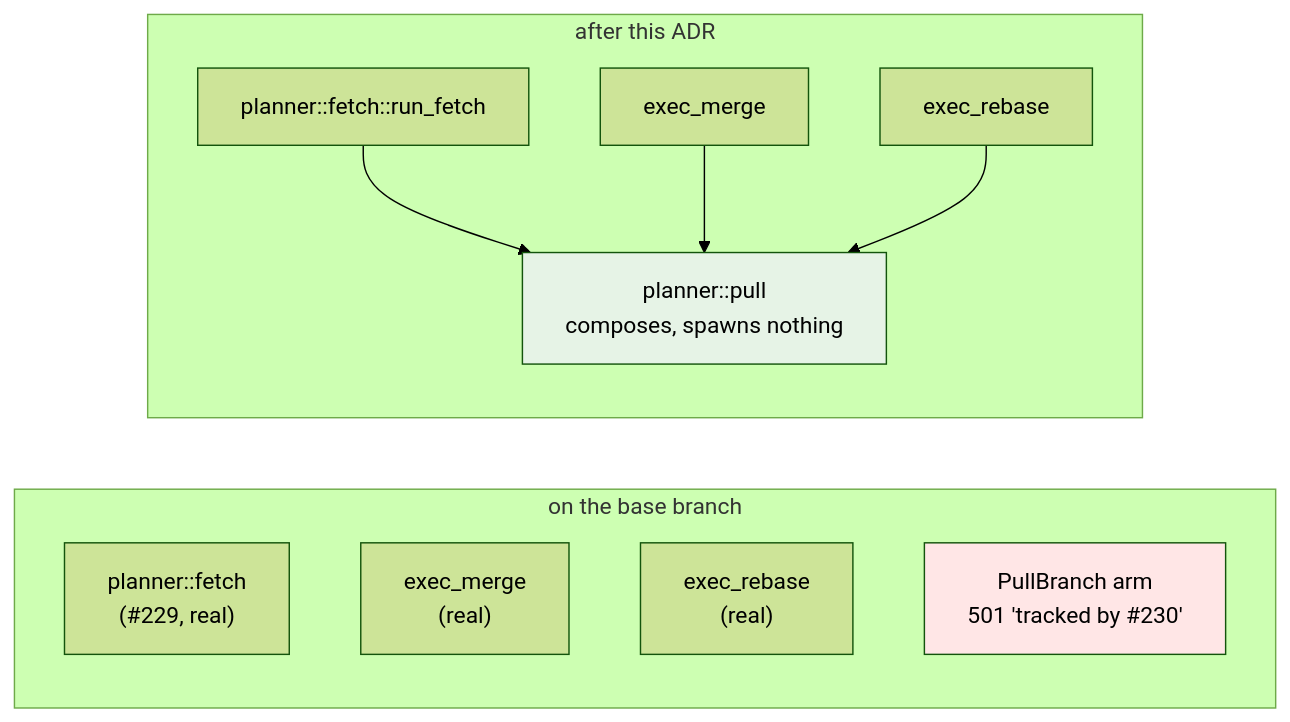
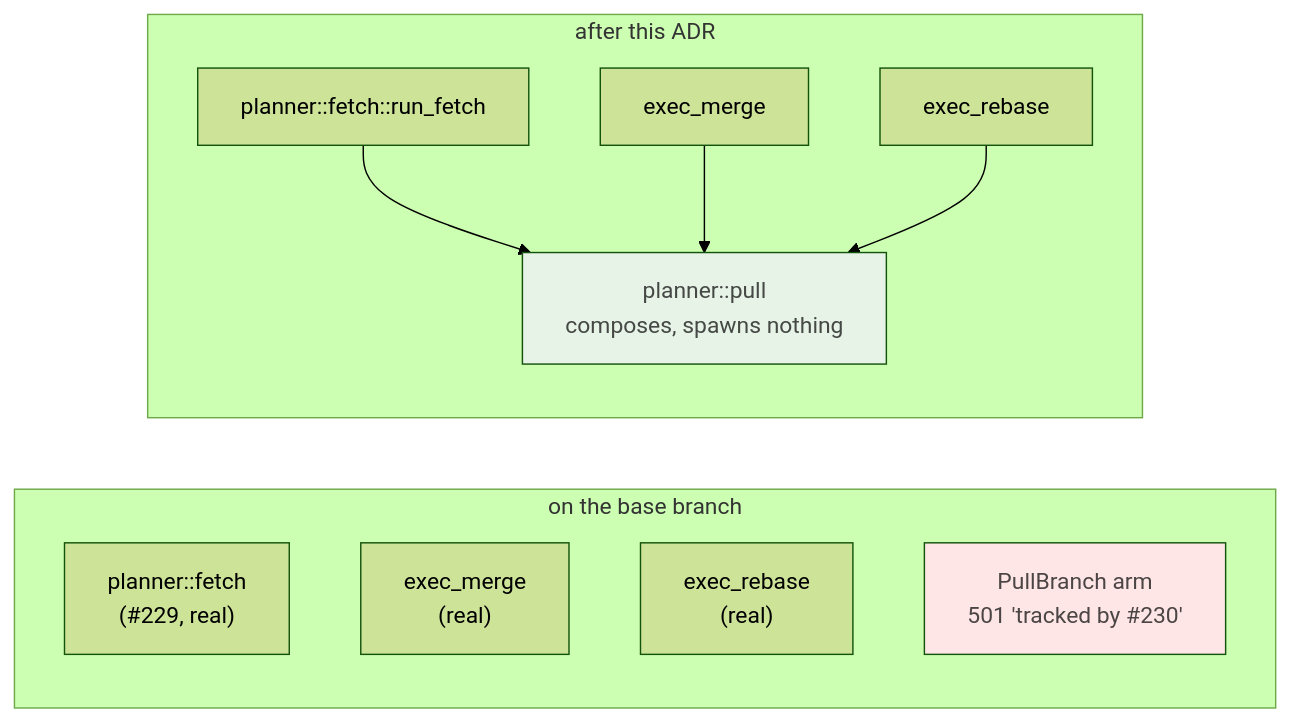
Before and after one commit to tom2025b/git-vista: the first of 10 diagrams in docs/adr/0044-pull-execution.md, drawn with Mermaid (forest theme). The commit also changed other lines of this file and 21 other files, not shown here.

````diff
--- a/docs/adr/0044-pull-execution.md
+++ b/docs/adr/0044-pull-execution.md
@@ -42,20 +42,20 @@
 ```mermaid
 flowchart LR
     subgraph BEFORE["on the base branch"]
         F["planner::fetch<br/>(#229, real)"]
         M["exec_merge<br/>(real)"]
         R["exec_rebase<br/>(real)"]
         P["PullBranch arm<br/>501 'tracked by #230'"]
-        style P fill:#ffe6e6
+        style P fill:#ffe6e6,color:#4c4545
     end
     subgraph AFTER["after this ADR"]
         F2["planner::fetch::run_fetch"]
         M2["exec_merge"]
         R2["exec_rebase"]
         P2["planner::pull<br/>composes, spawns nothing"]
-        style P2 fill:#e6f3e6
+        style P2 fill:#e6f3e6,color:#454845
     end
     F2 --> P2
     M2 --> P2
     R2 --> P2
 ```
````
